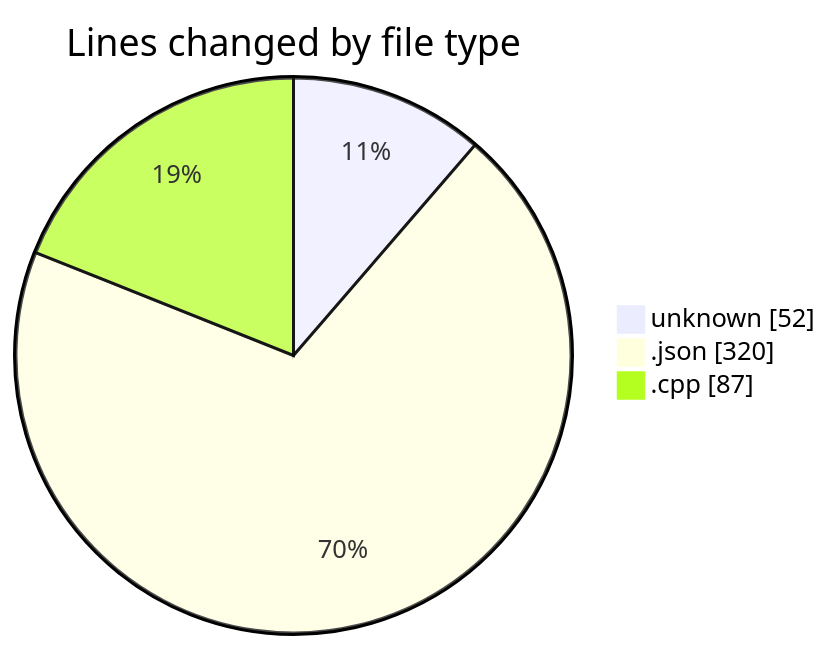
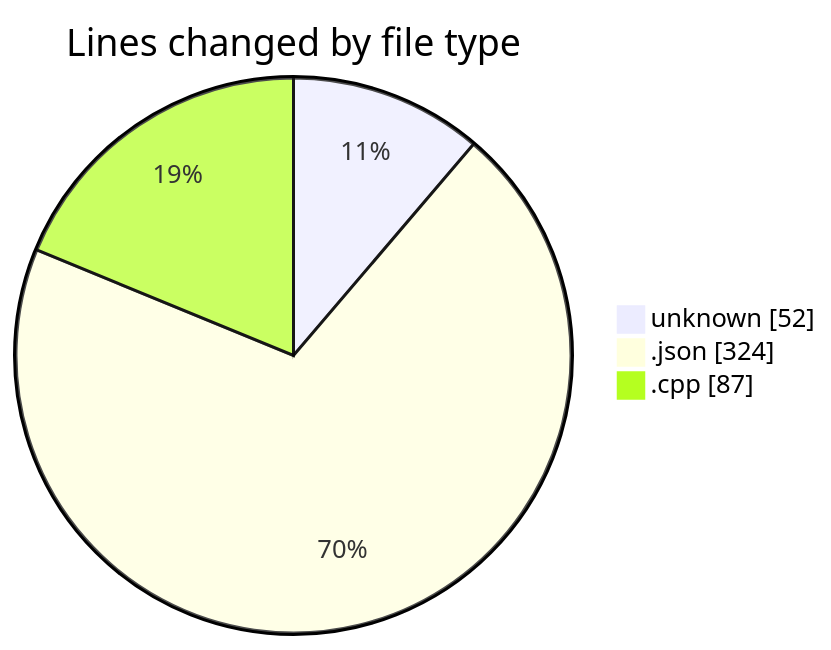
Before and after one commit to Netris89/code-tracking: the first of 2 diagrams in 2025-03-26/echo/README.md, drawn with Mermaid. The commit also changed other lines of this file and 1 other file, not shown here.

````diff
--- a/2025-03-26/echo/README.md
+++ b/2025-03-26/echo/README.md
@@ -24,7 +24,7 @@
 ```mermaid
 pie showData
 title Lines changed by file type
 "unknown" : 52
-".json" : 320
+".json" : 324
 ".cpp" : 87
 ```
````
